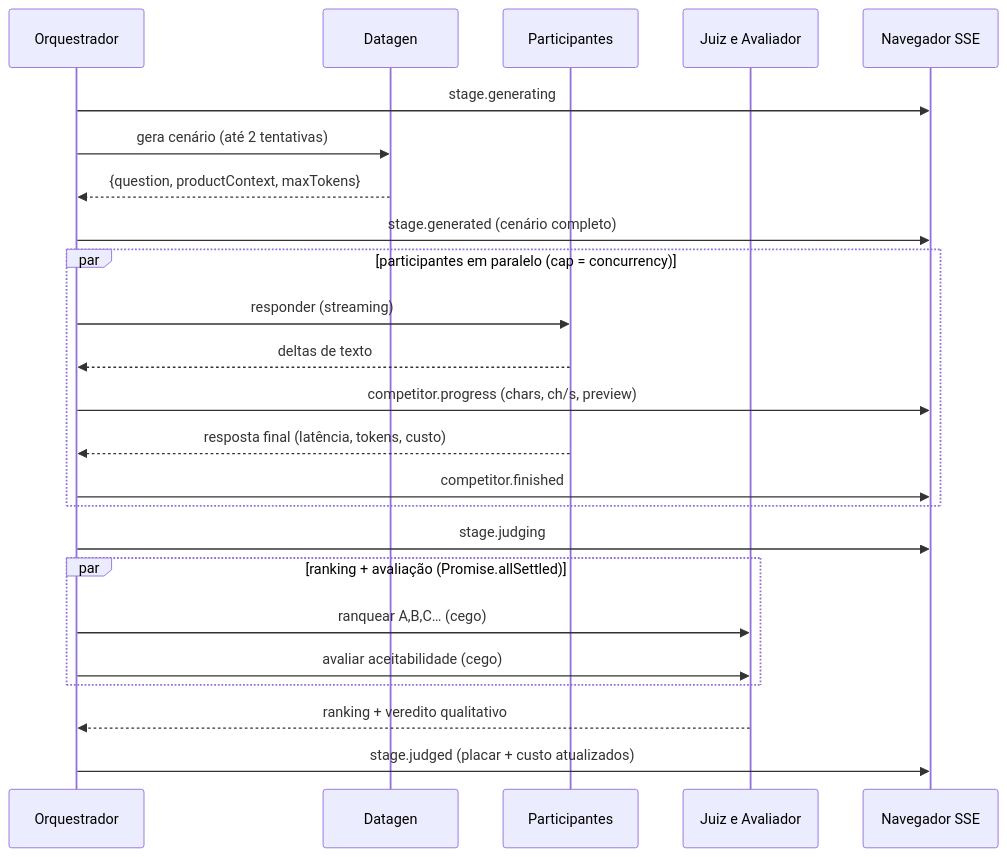
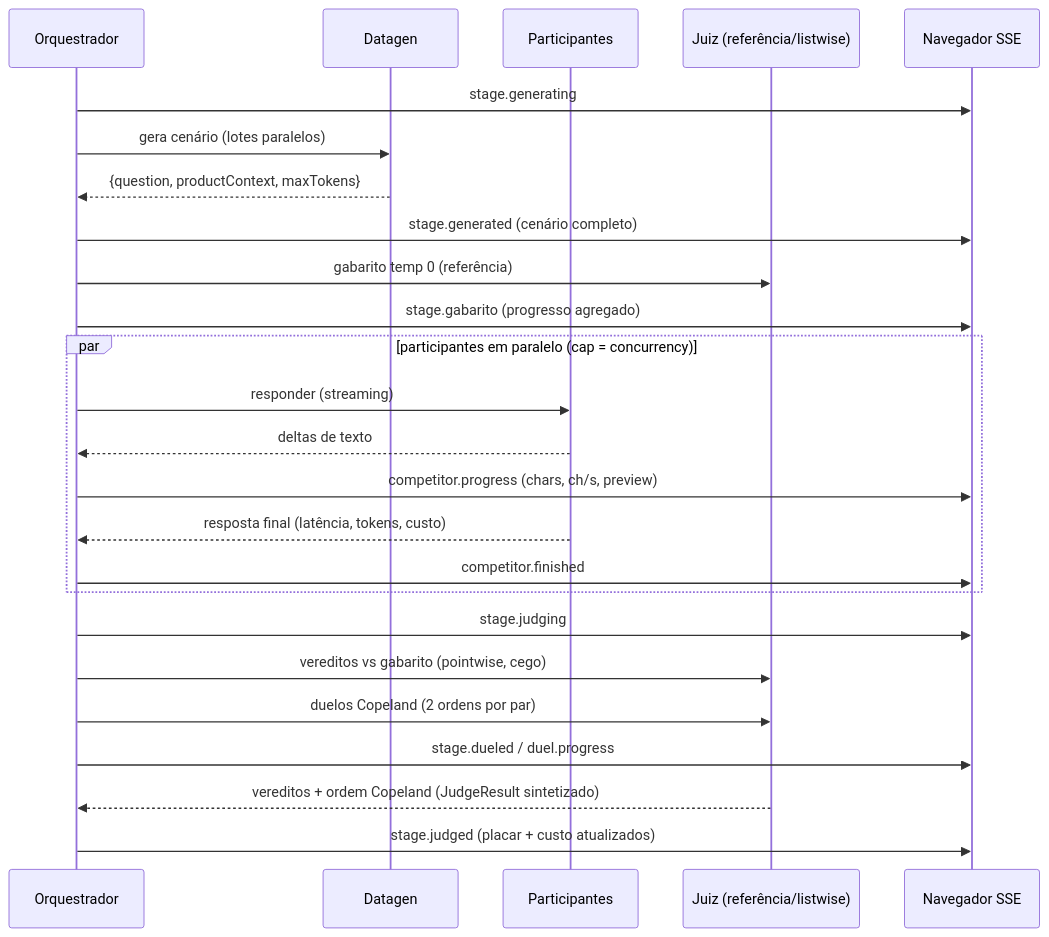
Before and after one commit to frederico-kluser/ai-benchmark: the second of 2 diagrams in README.md, drawn with Mermaid. The commit also changed other lines of this file and 52 other files, not shown here.

````diff
--- a/README.md
+++ b/README.md
@@ -157,27 +161,28 @@
 ```mermaid
 sequenceDiagram
   participant O as Orquestrador
   participant D as Datagen
   participant K as Participantes
-  participant J as Juiz e Avaliador
+  participant J as Juiz (referência/listwise)
   participant UI as Navegador SSE
 
   O->>UI: stage.generating
-  O->>D: gera cenário (até 2 tentativas)
+  O->>D: gera cenário (lotes paralelos)
   D-->>O: {question, productContext, maxTokens}
   O->>UI: stage.generated (cenário completo)
+  O->>J: gabarito temp 0 (referência)
+  O->>UI: stage.gabarito (progresso agregado)
   par participantes em paralelo (cap = concurrency)
     O->>K: responder (streaming)
     K-->>O: deltas de texto
     O->>UI: competitor.progress (chars, ch/s, preview)
     K-->>O: resposta final (latência, tokens, custo)
     O->>UI: competitor.finished
   end
   O->>UI: stage.judging
-  par ranking + avaliação (Promise.allSettled)
-    O->>J: ranquear A,B,C… (cego)
-    O->>J: avaliar aceitabilidade (cego)
-  end
-  J-->>O: ranking + veredito qualitativo
+  O->>J: vereditos vs gabarito (pointwise, cego)
+  O->>J: duelos Copeland (2 ordens por par)
+  O->>UI: stage.dueled / duel.progress
+  J-->>O: vereditos + ordem Copeland (JudgeResult sintetizado)
   O->>UI: stage.judged (placar + custo atualizados)
 ```
````
